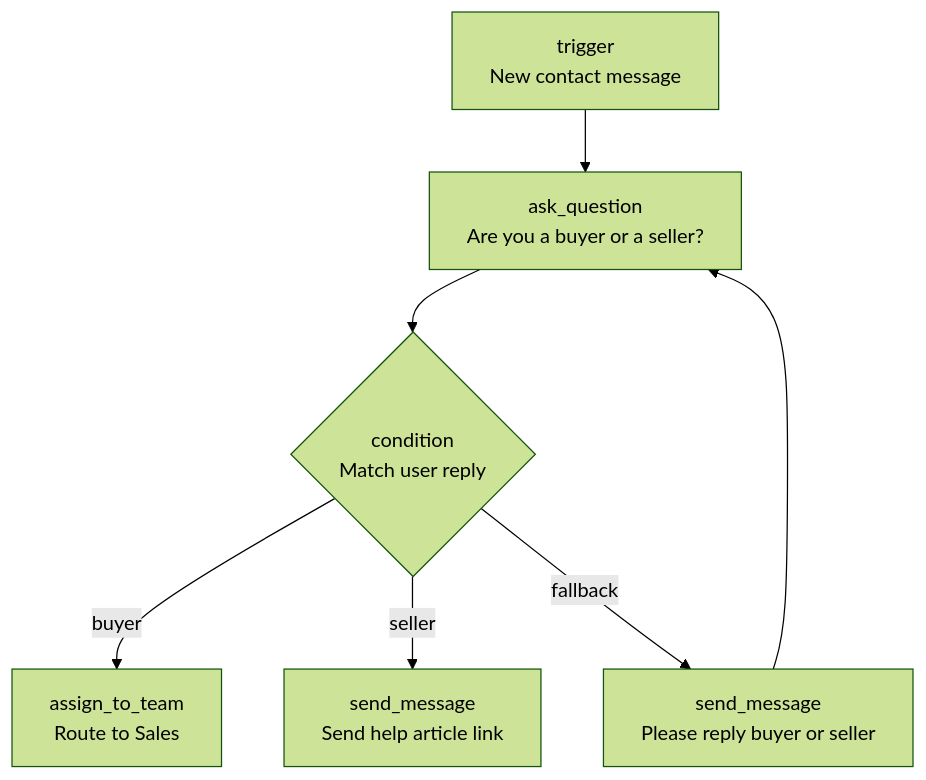
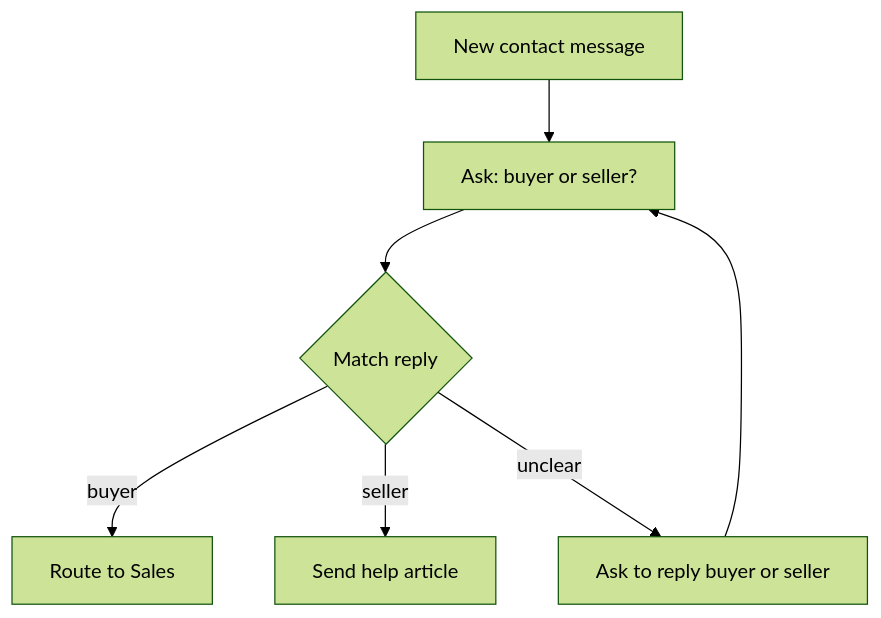
One commit to mikeyangyun/Wati-Automation-Copilot changed the fourth of 4 diagrams in PRODUCT.md. Above: the diagram before and after it, drawn with Mermaid (forest theme). The commit also changed other lines of this file, not shown here.

````diff
--- a/PRODUCT.md
+++ b/PRODUCT.md
@@ -280,15 +249,9 @@
 ```mermaid
 flowchart TD
-    T["trigger<br/>New contact message"]
-    Q["ask_question<br/>Are you a buyer or a seller?"]
-    C{"condition<br/>Match user reply"}
-    FB["send_message<br/>Please reply buyer or seller"]
-    B["assign_to_team<br/>Route to Sales"]
-    S["send_message<br/>Send help article link"]
-
-    T --> Q --> C
-    C -->|buyer| B
-    C -->|seller| S
-    C -->|fallback| FB
-    FB --> Q
+    T[New contact message] --> Q[Ask: buyer or seller?]
+    Q --> C{Match reply}
+    C -->|buyer| B[Route to Sales]
+    C -->|seller| S[Send help article]
+    C -->|unclear| F[Ask to reply buyer or seller]
+    F --> Q
 ```
````
